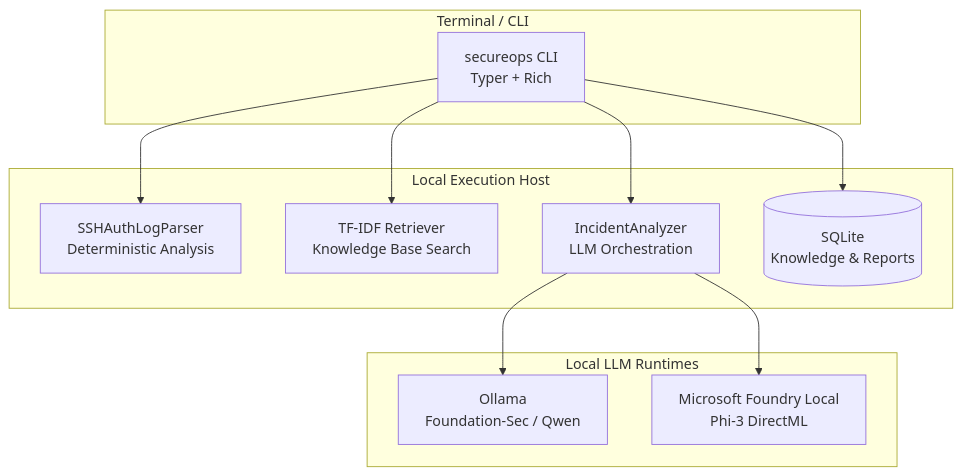
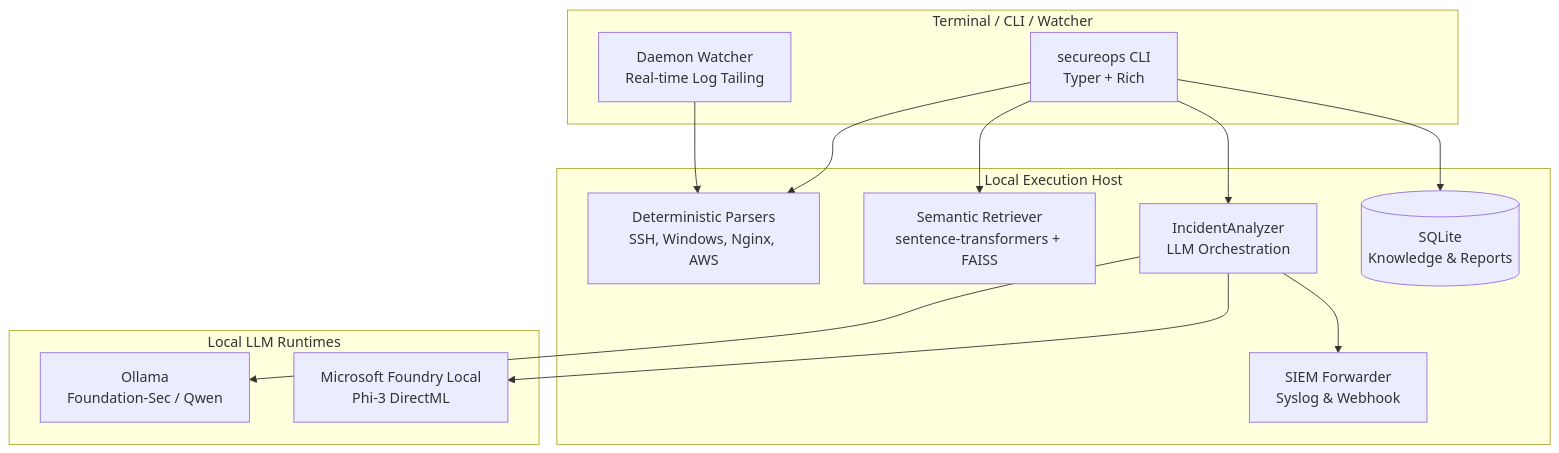
Before and after one commit to husoelrey/SecureOpsLocal: the diagram in README.md, drawn with Mermaid. The commit also changed other lines of this file and 1 other file, not shown here.

````diff
--- a/README.md
+++ b/README.md
@@ -146,26 +146,30 @@
 ```mermaid
 graph TD
-    subgraph "Terminal / CLI"
+    subgraph "Terminal / CLI / Watcher"
         CLI[secureops CLI\nTyper + Rich]
+        W[Daemon Watcher\nReal-time Log Tailing]
     end
 
     subgraph "Local Execution Host"
-        P[SSHAuthLogParser\nDeterministic Analysis]
-        R[TF-IDF Retriever\nKnowledge Base Search]
+        P[Deterministic Parsers\nSSH, Windows, Nginx, AWS]
+        R[Semantic Retriever\nsentence-transformers + FAISS]
         IA[IncidentAnalyzer\nLLM Orchestration]
         DB[(SQLite\nKnowledge & Reports)]
+        SIEM[SIEM Forwarder\nSyslog & Webhook]
         
         CLI --> P
+        W --> P
         CLI --> R
         CLI --> IA
         CLI --> DB
+        IA --> SIEM
     end
 
     subgraph "Local LLM Runtimes"
         O[Ollama\nFoundation-Sec / Qwen]
         FL[Microsoft Foundry Local\nPhi-3 DirectML]
         
         IA --> O
         IA --> FL
     end
 ```
````
